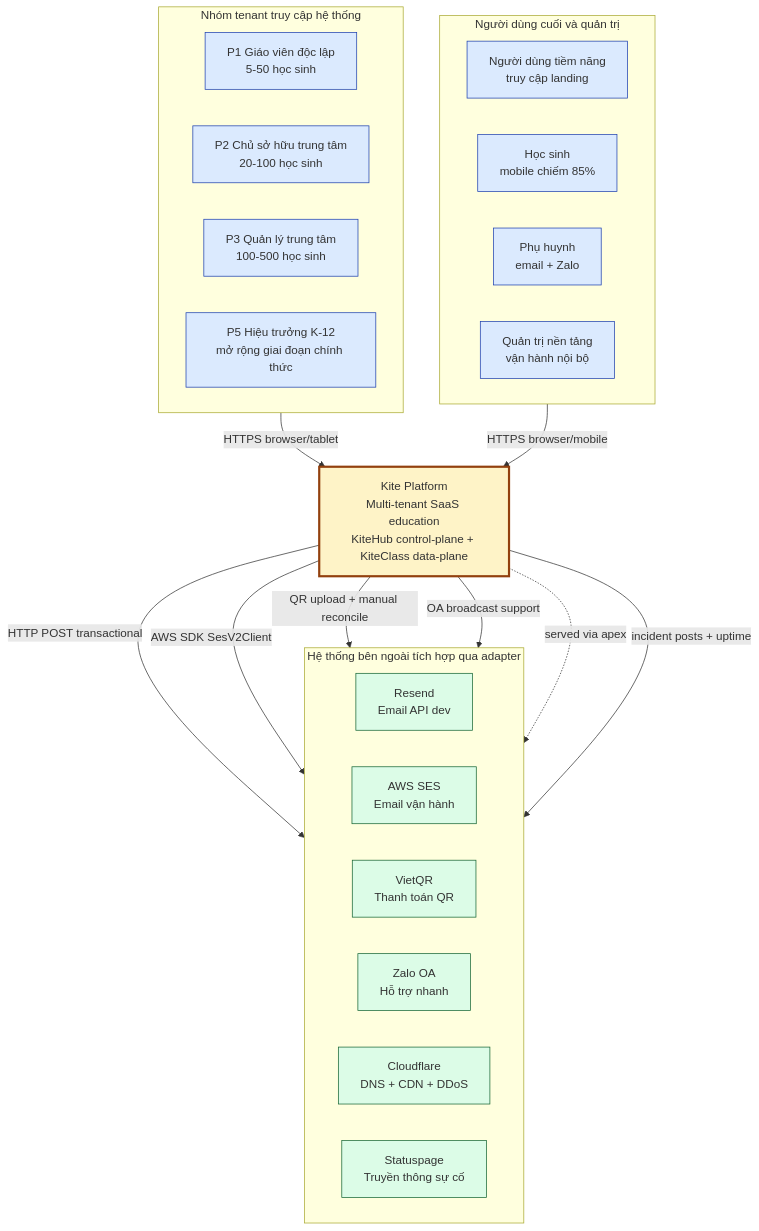
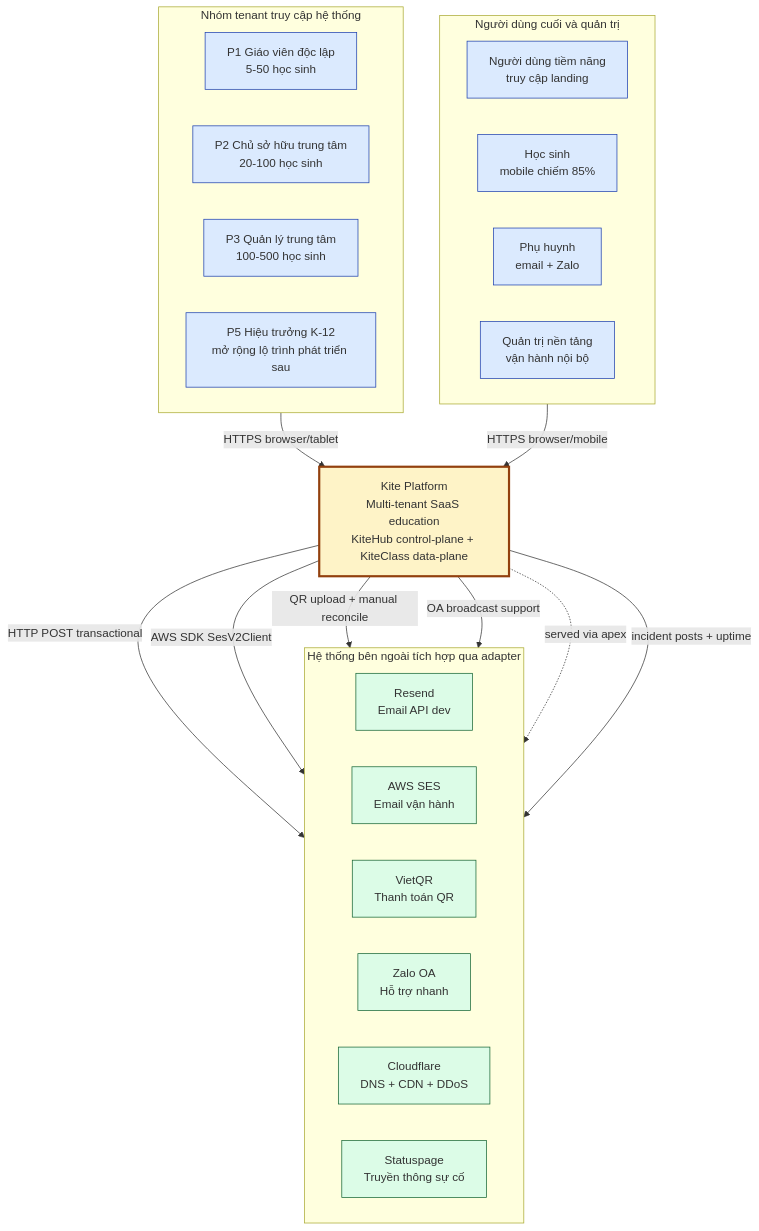
The first of 12 diagrams in documents/08-thesis/chapter-2-system-architecture.md (VictorAurelius/2026-Kite-Class-Platform), drawn with Mermaid before and after one commit. The commit also changed other lines of this file and 6 other files, not shown here.

````diff
--- a/documents/08-thesis/chapter-2-system-architecture.md
+++ b/documents/08-thesis/chapter-2-system-architecture.md
@@ -174,47 +174,47 @@
 ```mermaid
 flowchart TB
     subgraph tenants [Nhóm tenant truy cập hệ thống]
         direction LR
         P1[P1 Giáo viên độc lập<br/>5-50 học sinh]
         P2[P2 Chủ sở hữu trung tâm<br/>20-100 học sinh]
         P3[P3 Quản lý trung tâm<br/>100-500 học sinh]
-        P5[P5 Hiệu trưởng K-12<br/>mở rộng giai đoạn chính thức]
+        P5[P5 Hiệu trưởng K-12<br/>mở rộng lộ trình phát triển sau]
     end
 
     subgraph endusers [Người dùng cuối và quản trị]
         direction LR
         Vy[Người dùng tiềm năng<br/>truy cập landing]
         Student[Học sinh<br/>mobile chiếm 85%]
         Parent[Phụ huynh<br/>email + Zalo]
         Admin[Quản trị nền tảng<br/>vận hành nội bộ]
     end
 
     Kite[Kite Platform<br/>Multi-tenant SaaS education<br/>KiteHub control-plane + KiteClass data-plane]
 
     subgraph ext [Hệ thống bên ngoài tích hợp qua adapter]
         direction LR
         Resend[Resend<br/>Email API dev]
         SES[AWS SES<br/>Email vận hành]
         VietQR[VietQR<br/>Thanh toán QR]
         Zalo[Zalo OA<br/>Hỗ trợ nhanh]
         CF[Cloudflare<br/>DNS + CDN + DDoS]
         Status[Statuspage<br/>Truyền thông sự cố]
     end
 
     tenants -->|HTTPS browser/tablet| Kite
     endusers -->|HTTPS browser/mobile| Kite
 
     Kite -->|HTTP POST transactional| Resend
     Kite -->|AWS SDK SesV2Client| SES
     Kite -->|QR upload + manual reconcile| VietQR
     Kite -->|OA broadcast support| Zalo
     Kite -.->|served via apex| CF
     Kite -->|incident posts + uptime| Status
 
     classDef actor fill:#dbeafe,stroke:#1e40af
     classDef system fill:#fef3c7,stroke:#92400e,stroke-width:3px
     classDef external fill:#dcfce7,stroke:#166534
     class P1,P2,P3,P5,Vy,Admin,Student,Parent actor
     class Kite system
     class Resend,SES,VietQR,Zalo,CF,Status external
 ```
````
